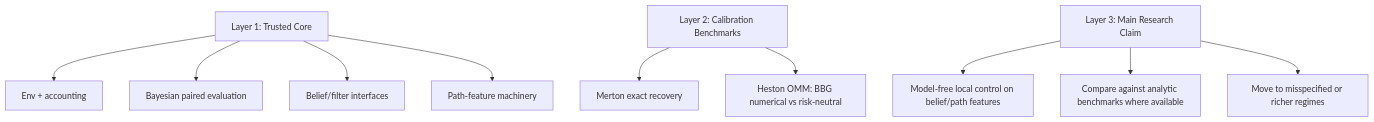
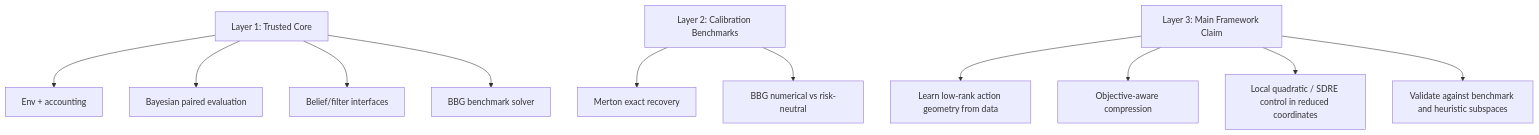
Before and after one commit to Ed-Mehrez/pomdp-koopman-control: the sixth of 6 diagrams in docs/theory_map.md, drawn with Mermaid. The commit also changed other lines of this file and 78 other files, not shown here.

````diff
--- a/docs/theory_map.md
+++ b/docs/theory_map.md
@@ -342,14 +457,15 @@
 ```mermaid
 flowchart TD
     A[Layer 1: Trusted Core] --> A1[Env + accounting]
     A --> A2[Bayesian paired evaluation]
     A --> A3[Belief/filter interfaces]
-    A --> A4[Path-feature machinery]
+    A --> A4[BBG benchmark solver]
 
     B[Layer 2: Calibration Benchmarks] --> B1[Merton exact recovery]
-    B --> B2[Heston OMM: BBG numerical vs risk-neutral]
+    B --> B2[BBG numerical vs risk-neutral]
 
-    C[Layer 3: Main Research Claim] --> C1[Model-free local control on belief/path features]
-    C --> C2[Compare against analytic benchmarks where available]
-    C --> C3[Move to misspecified or richer regimes]
+    C[Layer 3: Main Framework Claim] --> C1[Learn low-rank action geometry from data]
+    C --> C2[Objective-aware compression]
+    C --> C3[Local quadratic / SDRE control in reduced coordinates]
+    C --> C4[Validate against benchmark and heuristic subspaces]
 ```
````
